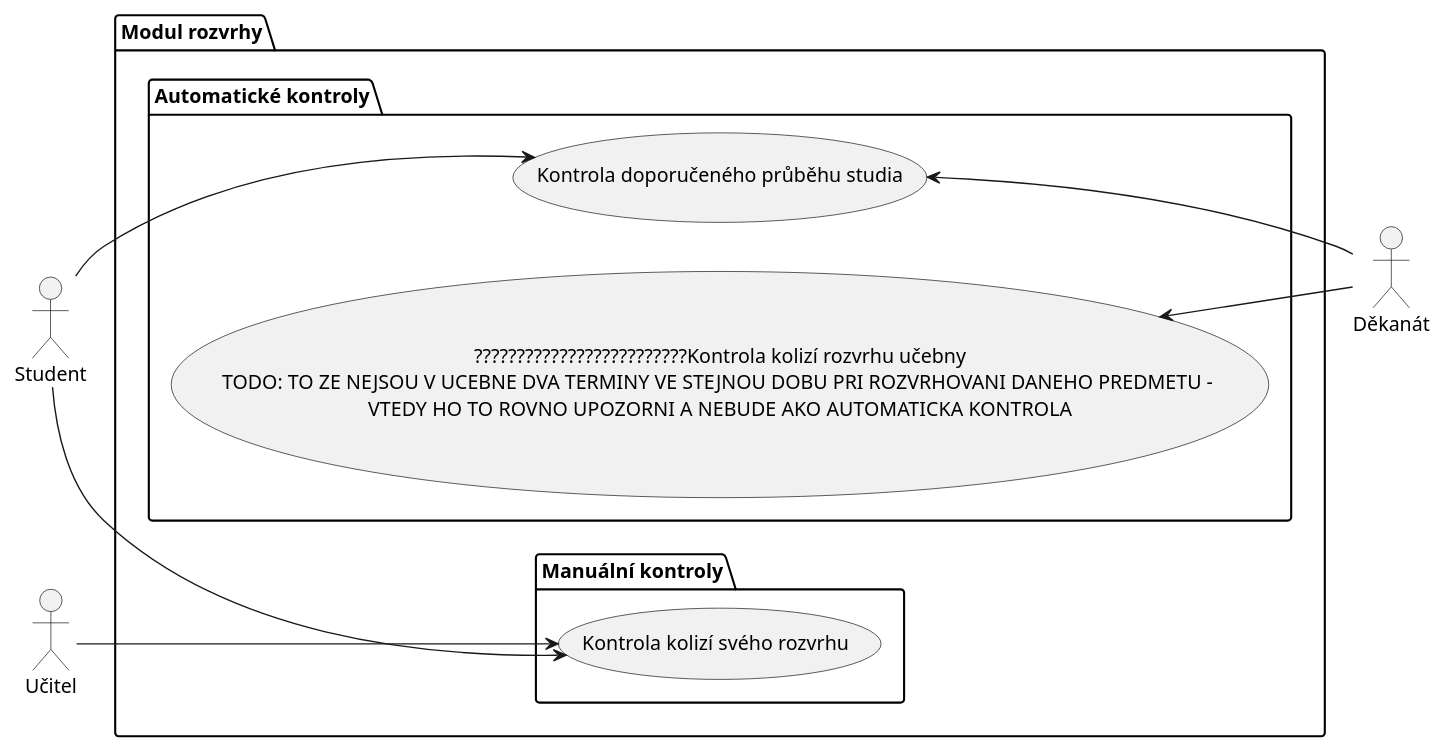
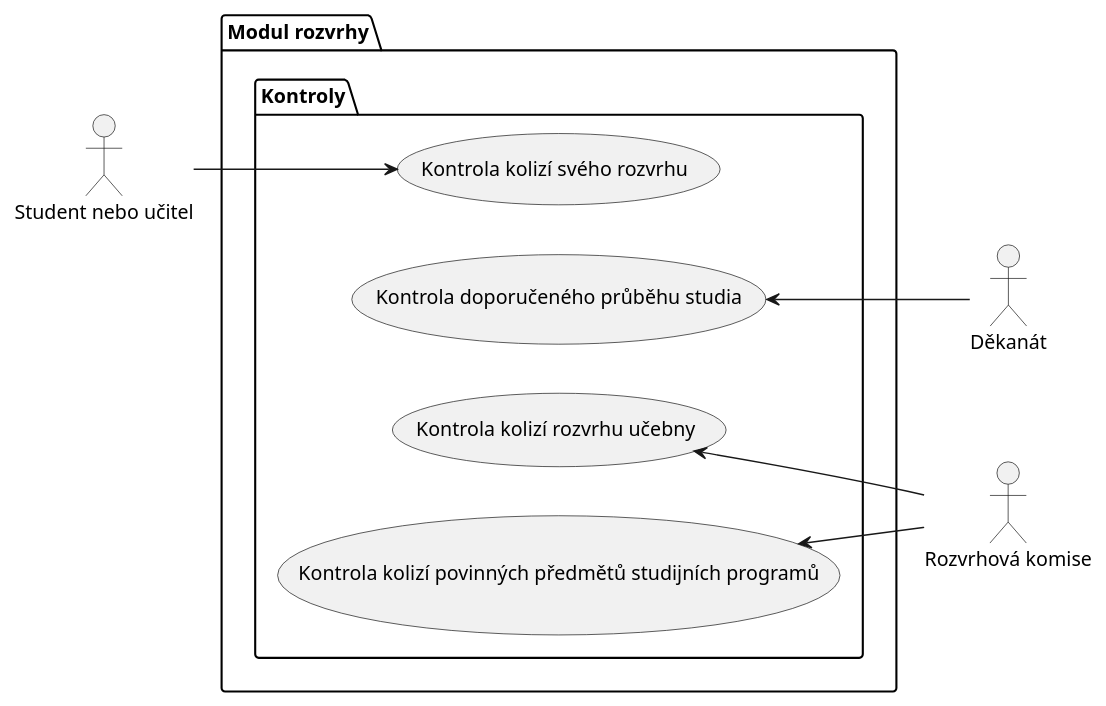
One commit to Cross-bit/NSWI041 changed the third of 9 diagrams in seminar-work-template.md. Above: the diagram before and after it, drawn with PlantUML. The commit also changed other lines of this file, not shown here.

````diff
--- a/seminar-work-template.md
+++ b/seminar-work-template.md
@@ -271,31 +339,24 @@
 ```plantuml
 @startuml
 left to right direction
 
-'======== Actors ========
-actor Student
-actor Učitel
+actor "Student nebo učitel" as SU
+actor "Rozvrhová komise" as RK
 actor Děkanát
 
-'======== Use Cases ========
 package "Modul rozvrhy" {
-  package "Manuální kontroly" {
-    usecase "Kontrola kolizí svého rozvrhu" as UC2
-  }
-
-  Package "Automatické kontroly" {
-    usecase "Kontrola doporučeného průběhu studia" as UC1
-    usecase "?????????????????????????Kontrola kolizí rozvrhu učebny\nTODO: TO ZE NEJSOU V UCEBNE DVA TERMINY VE STEJNOU DOBU PRI ROZVRHOVANI DANEHO PREDMETU - \nVTEDY HO TO ROVNO UPOZORNI A NEBUDE AKO AUTOMATICKA KONTROLA" as UC3
+  package "Kontroly" {
+    usecase "Kontrola kolizí svého rozvrhu" as UC1
+    usecase "Kontrola doporučeného průběhu studia" as UC2
+    usecase "Kontrola kolizí rozvrhu učebny" as UC3
+    usecase "Kontrola kolizí povinných předmětů studijních programů" as UC4
   }
 }
 
-'======== Use case links ========
-Student --> UC1
-Student --> UC2
-Učitel --> UC2
+SU --> UC1
 
-'Right hand side
-UC1 <-- Děkanát
-UC3 <-- Děkanát
+UC2 <-- Děkanát
+UC3 <-- RK
+UC4 <-- RK
 @enduml
 ```
````
